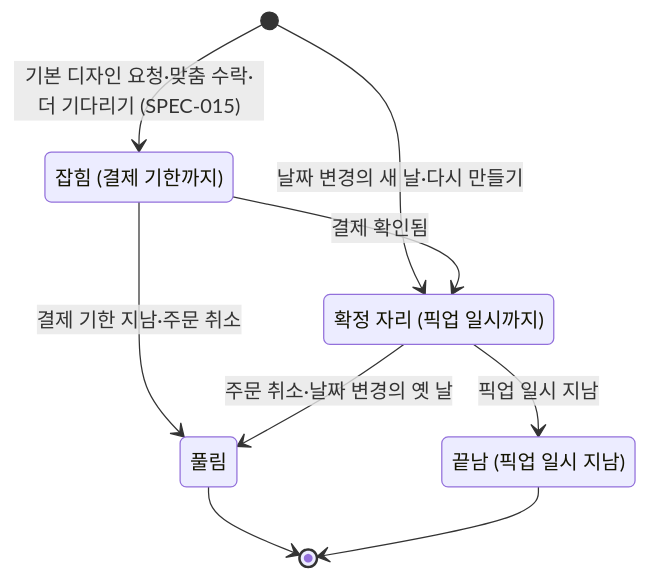
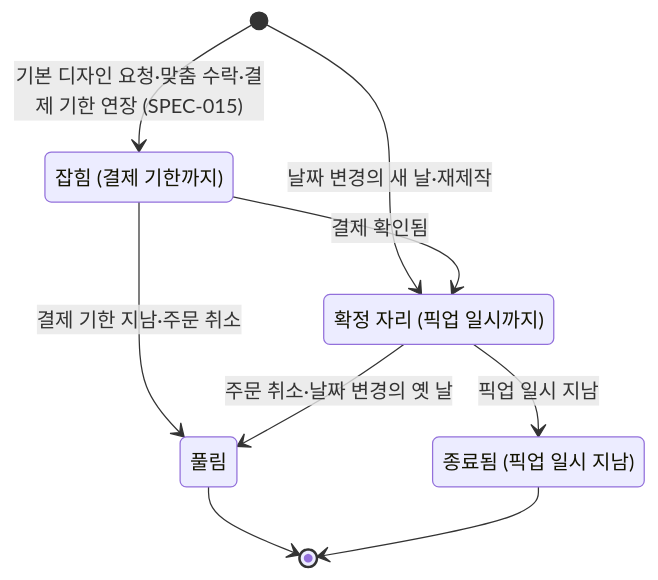
The fourth of 8 diagrams in docs/04-functional-spec/spec.md (kodonghui/siljang.ai), drawn with Mermaid before and after one commit. The commit also changed other lines of this file and 55 other files, not shown here.

````diff
--- a/docs/04-functional-spec/spec.md
+++ b/docs/04-functional-spec/spec.md
@@ -126,15 +126,15 @@
 ```mermaid
 stateDiagram-v2
   state "잡힘 (결제 기한까지)" as held
   state "확정 자리 (픽업 일시까지)" as fixed
   state "풀림" as released
-  state "끝남 (픽업 일시 지남)" as done
-  [*] --> held: 기본 디자인 요청·맞춤 수락·더 기다리기 (SPEC-015)
-  [*] --> fixed: 날짜 변경의 새 날·다시 만들기
+  state "종료됨 (픽업 일시 지남)" as done
+  [*] --> held: 기본 디자인 요청·맞춤 수락·결제 기한 연장 (SPEC-015)
+  [*] --> fixed: 날짜 변경의 새 날·재제작
   held --> fixed: 결제 확인됨
   held --> released: 결제 기한 지남·주문 취소
   fixed --> released: 주문 취소·날짜 변경의 옛 날
   fixed --> done: 픽업 일시 지남
   released --> [*]
   done --> [*]
 ```
````
